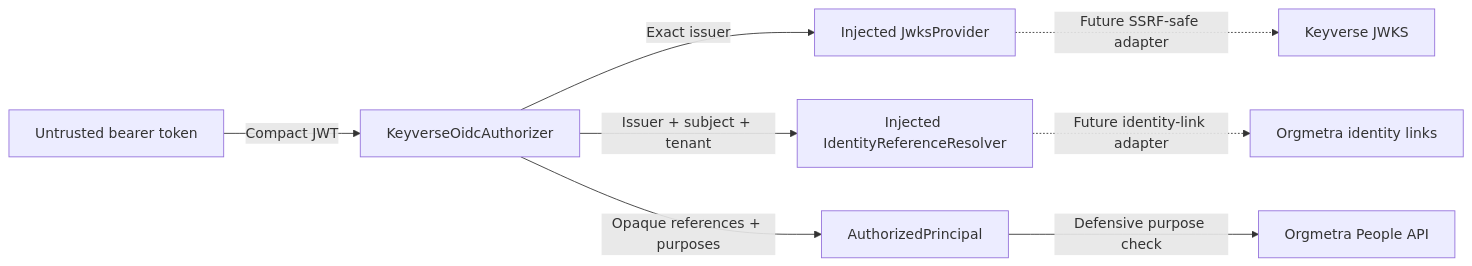
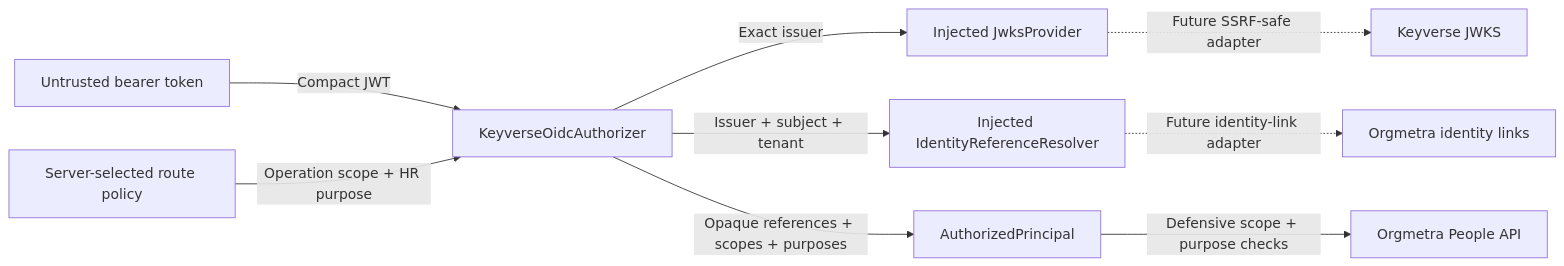
One commit to ContextualWisdomLab/Orgmetra changed the first of 3 diagrams in docs/UML_KEYVERSE_AUTH.md. Above: the diagram before and after it, drawn with Mermaid. The commit also changed other lines of this file, not shown here.

Commit message:
docs: show independent scope and purpose authorization

````diff
--- a/docs/UML_KEYVERSE_AUTH.md
+++ b/docs/UML_KEYVERSE_AUTH.md
@@ -5,10 +5,11 @@
 ```mermaid
 flowchart LR
     token["Untrusted bearer token"] -->|"Compact JWT"| verifier["KeyverseOidcAuthorizer"]
+    route["Server-selected route policy"] -->|"Operation scope + HR purpose"| verifier
     verifier -->|"Exact issuer"| keys["Injected JwksProvider"]
     verifier -->|"Issuer + subject + tenant"| mapping["Injected IdentityReferenceResolver"]
     keys -.->|"Future SSRF-safe adapter"| keyverse["Keyverse JWKS"]
     mapping -.->|"Future identity-link adapter"| identity["Orgmetra identity links"]
-    verifier -->|"Opaque references + purposes"| principal["AuthorizedPrincipal"]
-    principal -->|"Defensive purpose check"| api["Orgmetra People API"]
+    verifier -->|"Opaque references + scopes + purposes"| principal["AuthorizedPrincipal"]
+    principal -->|"Defensive scope + purpose checks"| api["Orgmetra People API"]
 ```
````
